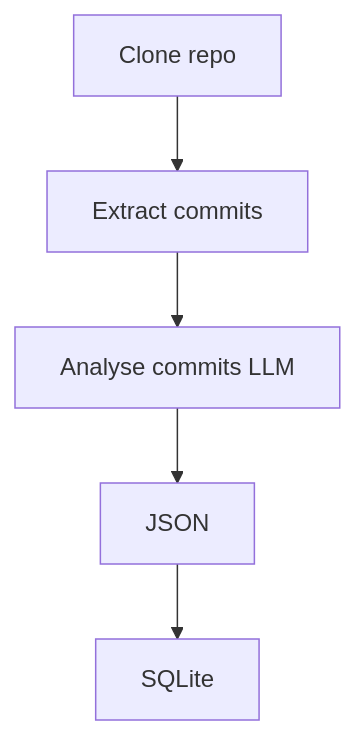
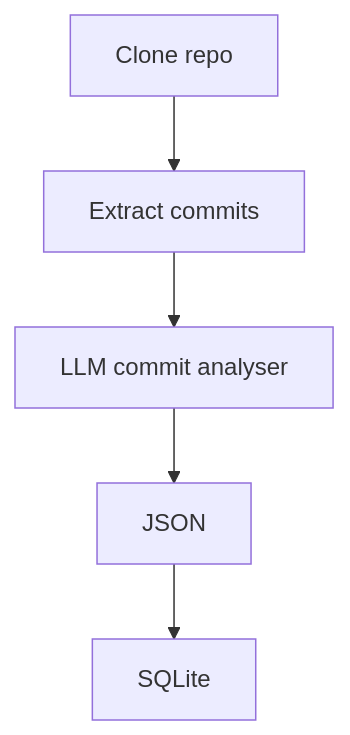
One commit to betagouv/commits changed the diagram in README.md. Above: the diagram before and after it, drawn with Mermaid. The commit also changed other lines of this file and 2 other files, not shown here.

````diff
--- a/README.md
+++ b/README.md
@@ -7,8 +7,8 @@
 ```mermaid
 graph TD
 
 Clone[Clone repo]-->Commits[Extract commits]
-Commits-->Analyse[Analyse commits LLM]
+Commits-->Analyse[LLM commit analyser]
 Analyse-->JSON
 JSON-->SQLite
 ```
````
